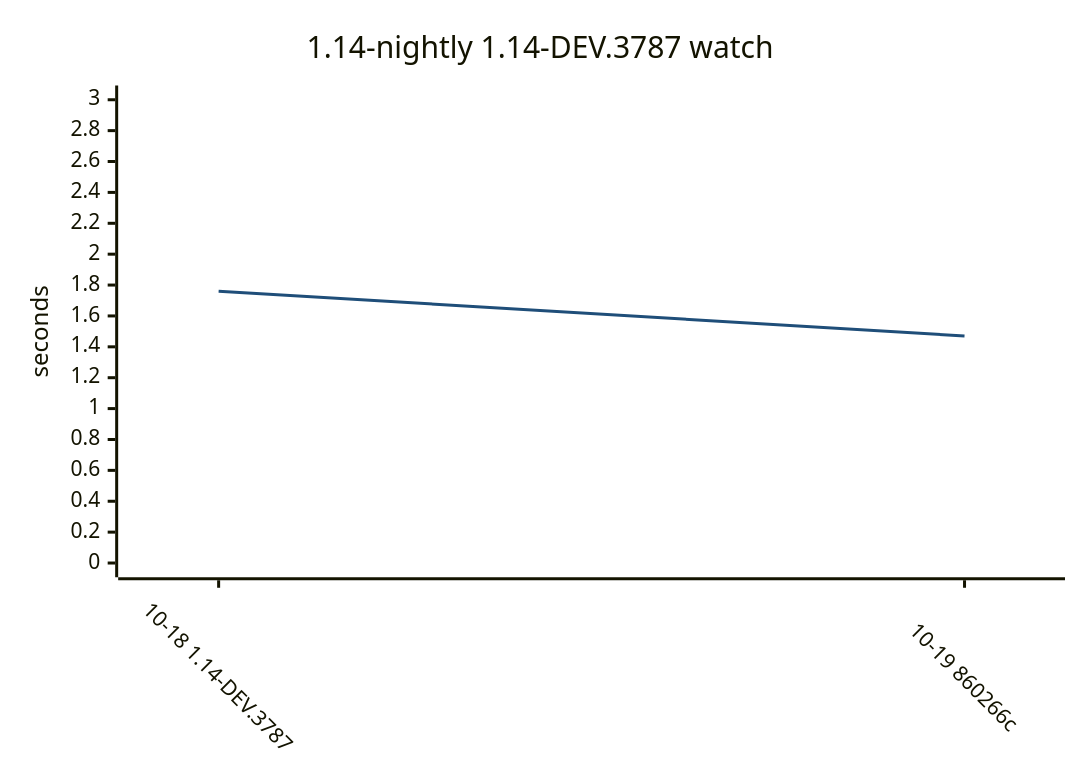
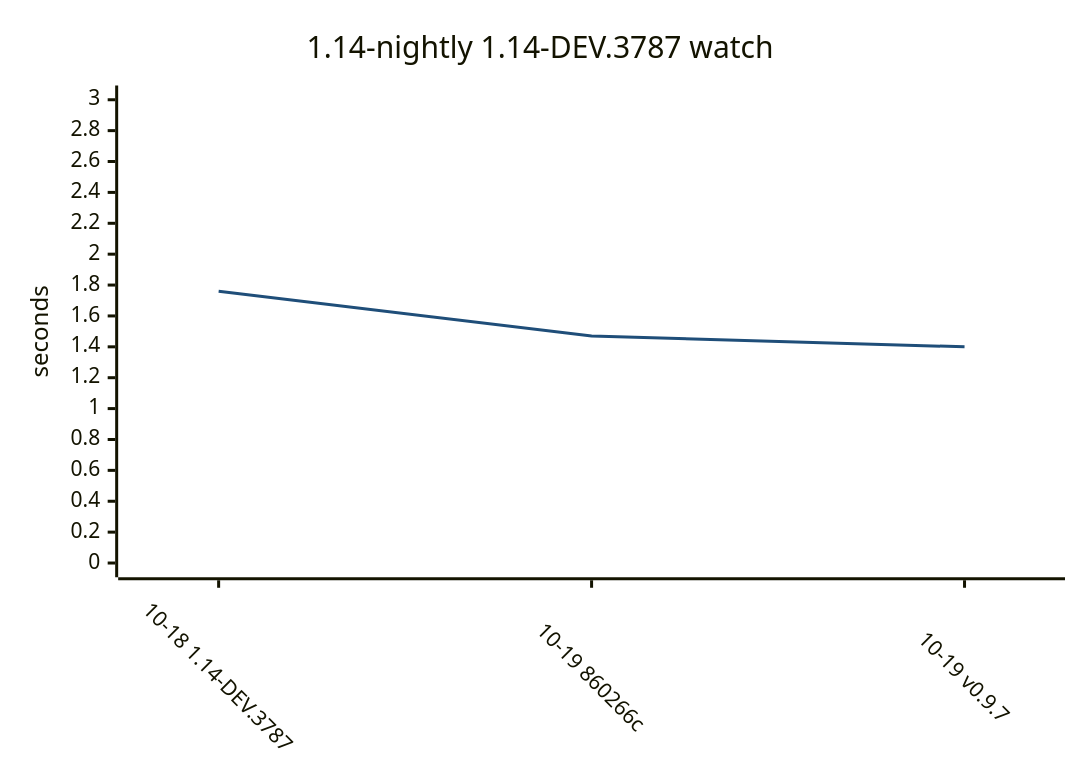
One commit to yamanori99/DistSSHQueue.jl changed the ninth of 15 diagrams in README.md. Above: the diagram before and after it, drawn with Mermaid. The commit also changed other lines of this file and 1 other file, not shown here.

````diff
--- a/README.md
+++ b/README.md
@@ -307,17 +306,17 @@
 ```mermaid
 ---
 config:
   theme: base
   themeVariables:
     xyChart:
       plotColorPalette: "#1f4e79"
   xyChart:
     xAxis:
       labelRotation: 45
 ---
 xychart-beta
     title "1.14-nightly 1.14-DEV.3787 watch"
-    x-axis ["10-18 1.14-DEV.3787", "10-19 860266c"]
+    x-axis ["10-18 1.14-DEV.3787", "10-19 860266c", "10-19 v0.9.7"]
     y-axis "seconds" 0 --> 3
-    line [1.76, 1.47]
+    line [1.76, 1.47, 1.4]
 ```
````
